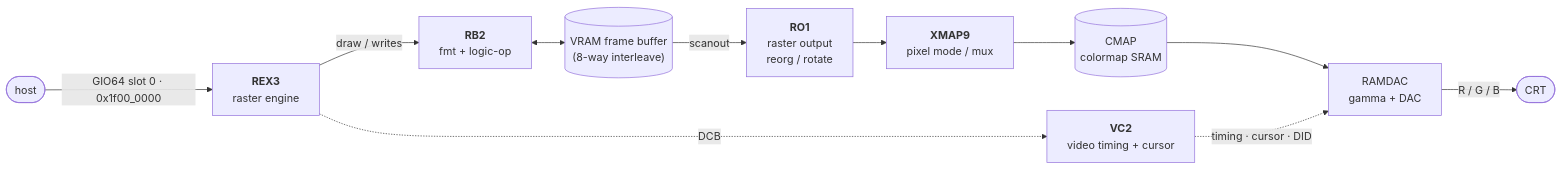
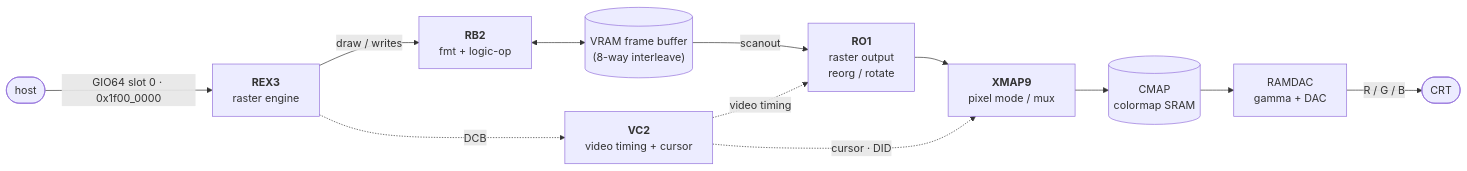
One commit to dsheffie/henry-the-wannabe-ip22-soc changed the diagram in docs/graphics/index.md. Above: the diagram before and after it, drawn with Mermaid. The commit also changed other lines of this file and 26 other files, not shown here.

````diff
--- a/docs/graphics/index.md
+++ b/docs/graphics/index.md
@@ -29,13 +31,14 @@
 ```mermaid
 flowchart LR
     HOST([host]) -->|"GIO64 slot 0 · 0x1f00_0000"| REX3["<b>REX3</b><br/>raster engine"]
     REX3 -->|"draw / writes"| RB2["<b>RB2</b><br/>fmt + logic-op"]
     RB2 <--> VRAM[("VRAM frame buffer<br/>(8-way interleave)")]
     VRAM -->|scanout| RO1["<b>RO1</b><br/>raster output<br/>reorg / rotate"]
     RO1 --> XMAP9["<b>XMAP9</b><br/>pixel mode / mux"]
     XMAP9 --> CMAP[("CMAP<br/>colormap SRAM")]
     CMAP --> RAMDAC["RAMDAC<br/>gamma + DAC"]
     RAMDAC -->|"R / G / B"| CRT([CRT])
     REX3 -.->|"DCB"| VC2["<b>VC2</b><br/>video timing + cursor"]
-    VC2 -.->|"timing · cursor · DID"| RAMDAC
+    VC2 -.->|"cursor · DID"| XMAP9
+    VC2 -.->|"video timing"| RO1
 ```
````
